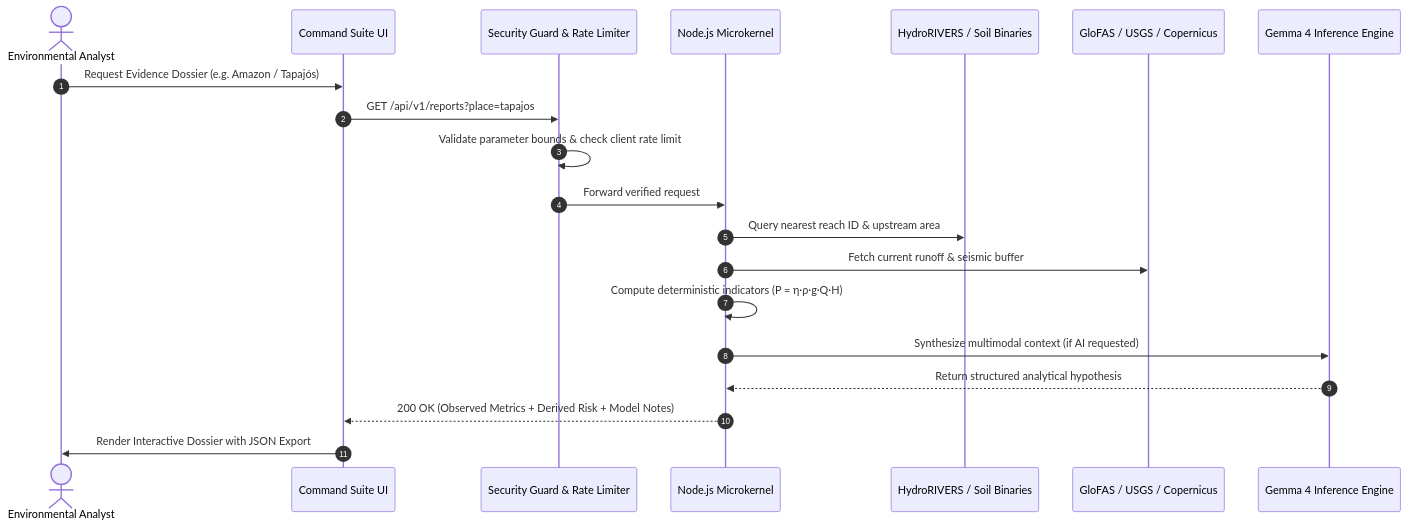
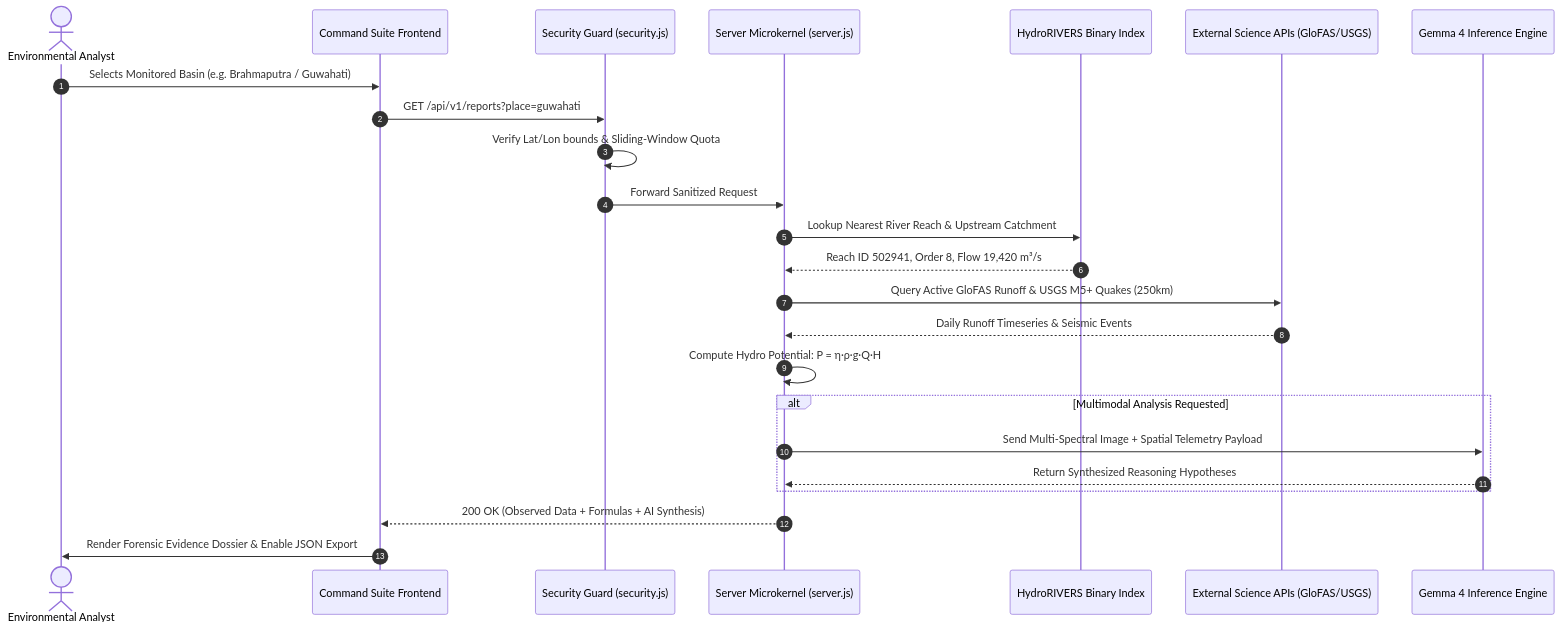
The second of 2 diagrams in README.md (dr5t/Earth-Intelligence), drawn with Mermaid before and after one commit. The commit also changed other lines of this file and 9 other files, not shown here.

````diff
--- a/README.md
+++ b/README.md
@@ -167,23 +287,27 @@
 ```mermaid
 sequenceDiagram
     autonumber
-    actor User as Environmental Analyst
-    participant Client as Command Suite UI
-    participant Sec as Security Guard & Rate Limiter
-    participant Server as Node.js Microkernel
-    participant Binary as HydroRIVERS / Soil Binaries
-    participant Ext as GloFAS / USGS / Copernicus
+    actor Analyst as Environmental Analyst
+    participant UI as Command Suite Frontend
+    participant Sec as Security Guard (security.js)
+    participant Core as Server Microkernel (server.js)
+    participant Spatial as HydroRIVERS Binary Index
+    participant Ext as External Science APIs (GloFAS/USGS)
     participant AI as Gemma 4 Inference Engine
 
-    User->>Client: Request Evidence Dossier (e.g. Amazon / Tapajós)
-    Client->>Sec: GET /api/v1/reports?place=tapajos
-    Sec->>Sec: Validate parameter bounds & check client rate limit
-    Sec->>Server: Forward verified request
-    Server->>Binary: Query nearest reach ID & upstream area
-    Server->>Ext: Fetch current runoff & seismic buffer
-    Server->>Server: Compute deterministic indicators (P = η·ρ·g·Q·H)
-    Server->>AI: Synthesize multimodal context (if AI requested)
-    AI-->>Server: Return structured analytical hypothesis
-    Server-->>Client: 200 OK (Observed Metrics + Derived Risk + Model Notes)
-    Client->>User: Render Interactive Dossier with JSON Export
+    Analyst->>UI: Selects Monitored Basin (e.g. Brahmaputra / Guwahati)
+    UI->>Sec: GET /api/v1/reports?place=guwahati
+    Sec->>Sec: Verify Lat/Lon bounds & Sliding-Window Quota
+    Sec->>Core: Forward Sanitized Request
+    Core->>Spatial: Lookup Nearest River Reach & Upstream Catchment
+    Spatial-->>Core: Reach ID 502941, Order 8, Flow 19,420 m³/s
+    Core->>Ext: Query Active GloFAS Runoff & USGS M5+ Quakes (250km)
+    Ext-->>Core: Daily Runoff Timeseries & Seismic Events
+    Core->>Core: Compute Hydro Potential: P = η·ρ·g·Q·H
+    alt Multimodal Analysis Requested
+        Core->>AI: Send Multi-Spectral Image + Spatial Telemetry Payload
+        AI-->>Core: Return Synthesized Reasoning Hypotheses
+    end
+    Core-->>UI: 200 OK (Observed Data + Formulas + AI Synthesis)
+    UI->>Analyst: Render Forensic Evidence Dossier & Enable JSON Export
 ```
````
